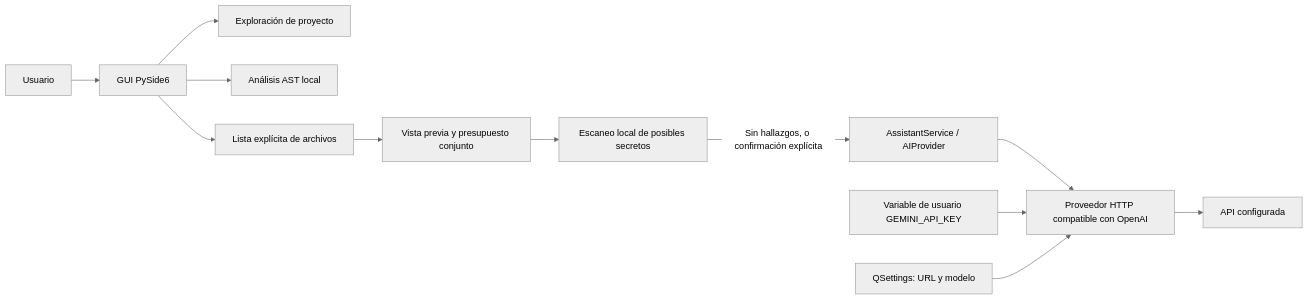
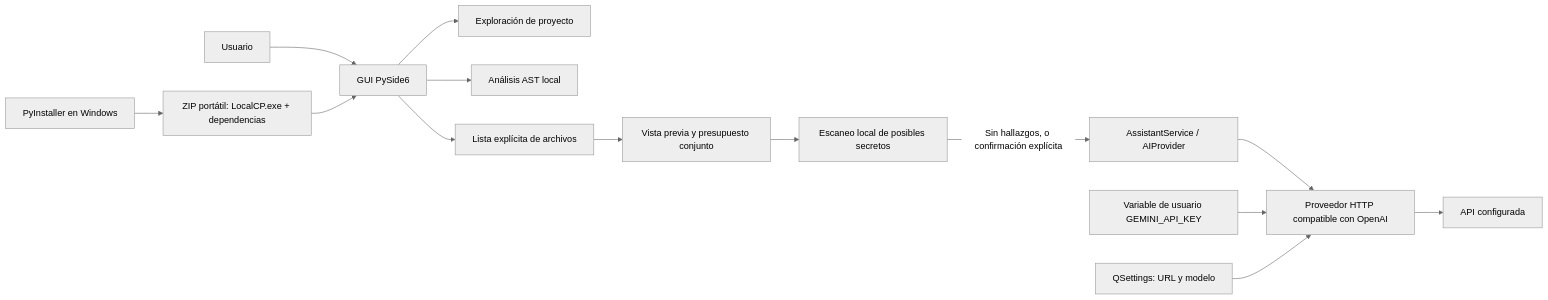
Before and after one commit to bruce89/localCP: the diagram in docs/architecture.md, drawn with Mermaid (neutral theme). The commit also changed other lines of this file and 13 other files, not shown here.

````diff
--- a/docs/architecture.md
+++ b/docs/architecture.md
@@ -21,14 +22,16 @@
 ```mermaid
 flowchart LR
     U[Usuario] --> G[GUI PySide6]
     G --> P[Exploración de proyecto]
     G --> A[Análisis AST local]
     G --> L[Lista explícita de archivos]
     L --> C[Vista previa y presupuesto conjunto]
     C --> D[Escaneo local de posibles secretos]
     D -->|Sin hallazgos, o confirmación explícita| S[AssistantService / AIProvider]
     S --> H[Proveedor HTTP compatible con OpenAI]
     H --> E[API configurada]
     W[Variable de usuario GEMINI_API_KEY] --> H
     Q[QSettings: URL y modelo] --> H
+    B[PyInstaller en Windows] --> Z[ZIP portátil: LocalCP.exe + dependencias]
+    Z --> G
 ```
````
